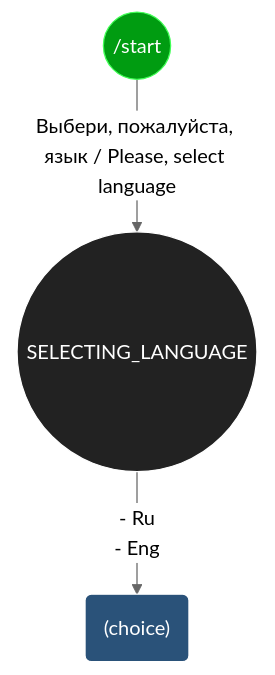
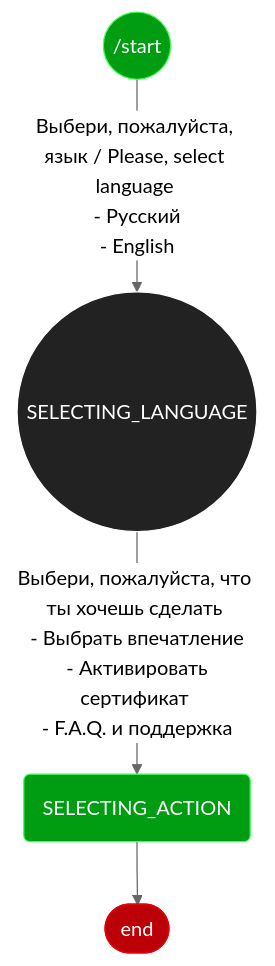
The diagram in README.md (SerjioAlvares/wishlist-shop-bot), drawn with Mermaid (neutral theme) before and after one commit. The commit also changed 1 other file, not shown here.

Commit message:
Add the handler for selicting action

````diff
--- a/README.md
+++ b/README.md
@@ -65,10 +65,12 @@
 ```mermaid
 flowchart TB
     %% Documentation: https://mermaid-js.github.io/mermaid/#/flowchart
-    A(("/start")):::entryPoint -->|Выбери, пожалуйста, язык / Please, select language| B((SELECTING_LANGUAGE)):::state
-    B --> |" - Ru <br /> - Eng <br />"|C("(choice)"):::userInput
-    classDef userInput  fill:#2a5279, color:#ffffff, stroke:#ffffff
+    A(("/start")):::entryPoint -->|"Выбери, пожалуйста, язык / Please, select language <br /> - Русский <br /> - English <br />"| B((SELECTING_LANGUAGE)):::state
+    B --> |"Выбери, пожалуйста, что ты хочешь сделать <br /> - Выбрать впечатление <br /> - Активировать сертификат <br /> - F.A.Q. и поддержка <br />"|C("SELECTING_ACTION"):::userChoice
+    C --> D(["end"]):::termination
+    classDef entryPoint fill:#009c11, color:#ffffff, stroke:#42FF57
     classDef state fill:#222222, color:#ffffff, stroke:#ffffff
-    classDef entryPoint fill:#009c11, stroke:#42FF57, color:#ffffff
-    classDef termination fill:#bb0007, stroke:#E60109, color:#ffffff
+    classDef userChoice fill:#009c11, color:#ffffff, stroke:#42FF57
+    classDef userInput fill:#2a5279, color:#ffffff, stroke:#ffffff
+    classDef termination fill:#bb0007, color:#ffffff, stroke:#E60109
 ```
````
